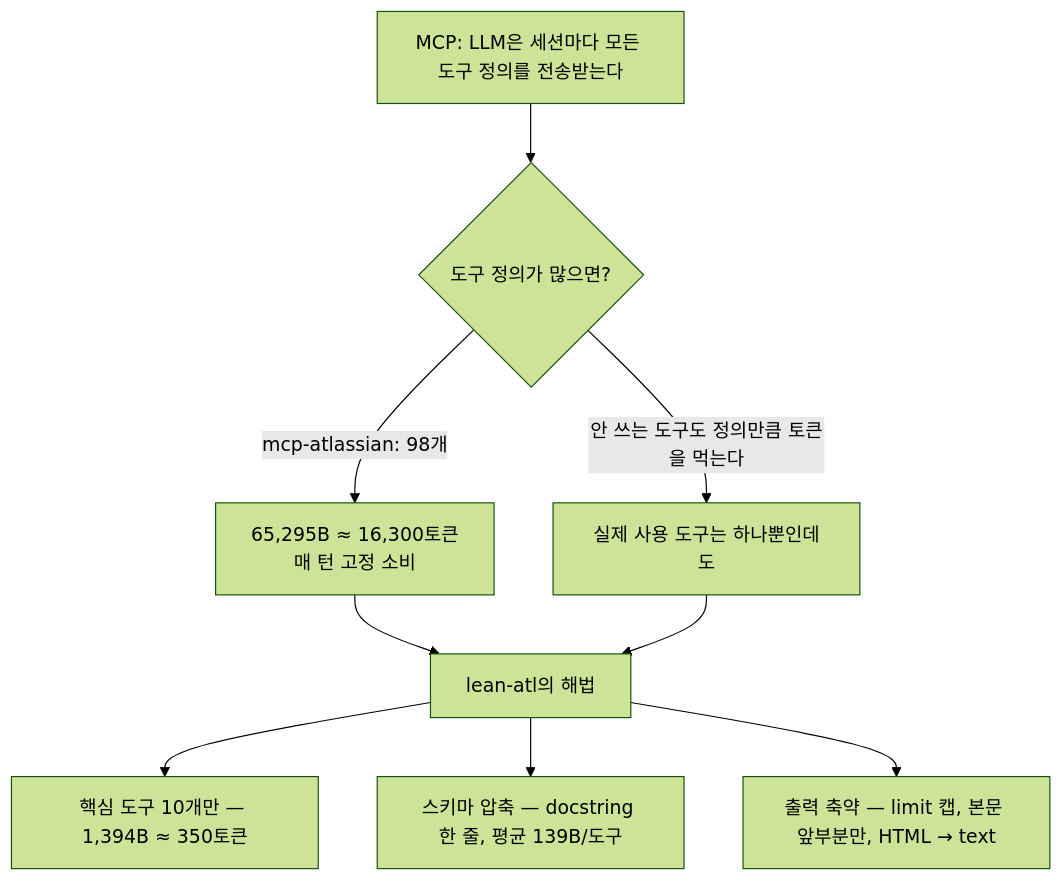
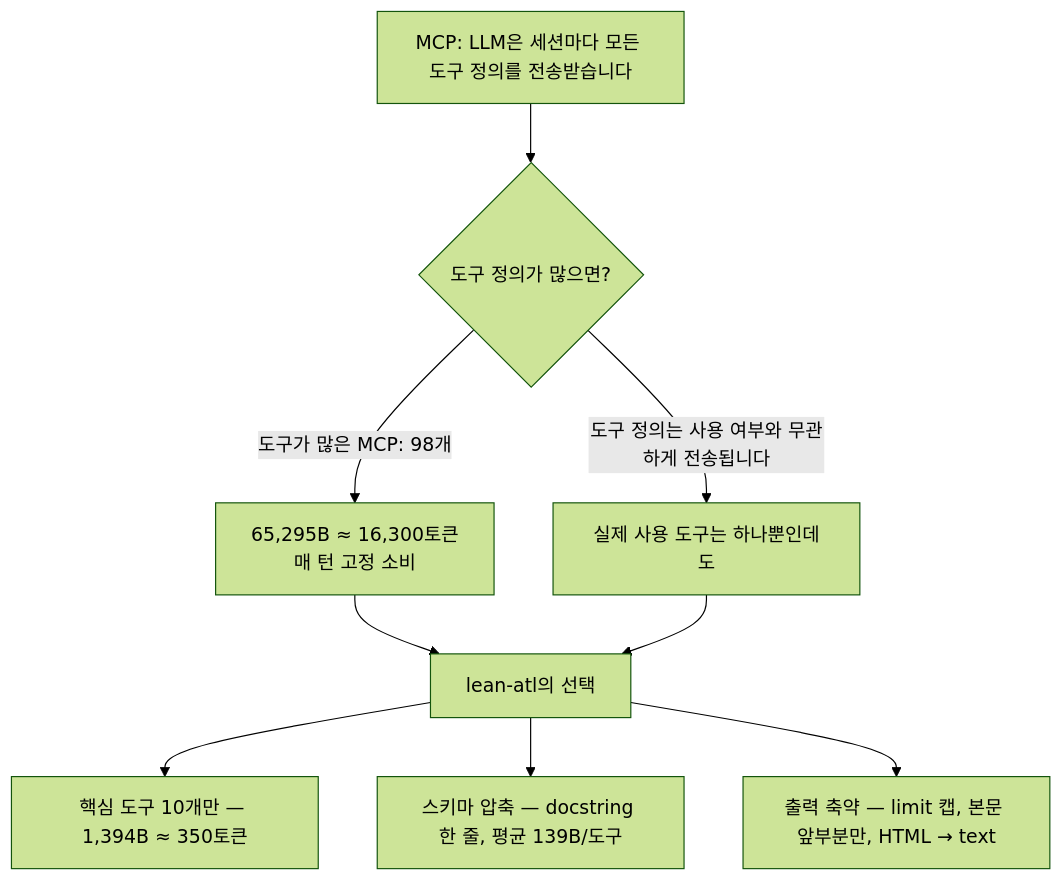
The diagram in README.md (sayho87/lean-atl), drawn with Mermaid (forest theme) before and after one commit. The commit also changed other lines of this file, not shown here.

````diff
--- a/README.md
+++ b/README.md
@@ -26,11 +26,11 @@
 ```mermaid
 flowchart TD
-    A["MCP: LLM은 세션마다 모든 도구 정의를 전송받는다"] --> B{"도구 정의가 많으면?"}
-    B -->|"mcp-atlassian: 98개"| C["65,295B ≈ 16,300토큰<br/>매 턴 고정 소비"]
-    B -->|"안 쓰는 도구도 정의만큼 토큰을 먹는다"| D["실제 사용 도구는 하나뿐인데도"]
-    C --> E["lean-atl의 해법"]
+    A["MCP: LLM은 세션마다 모든 도구 정의를 전송받습니다"] --> B{"도구 정의가 많으면?"}
+    B -->|"도구가 많은 MCP: 98개"| C["65,295B ≈ 16,300토큰<br/>매 턴 고정 소비"]
+    B -->|"도구 정의는 사용 여부와 무관하게 전송됩니다"| D["실제 사용 도구는 하나뿐인데도"]
+    C --> E["lean-atl의 선택"]
     D --> E
     E --> F["핵심 도구 10개만 — 1,394B ≈ 350토큰"]
     E --> G["스키마 압축 — docstring 한 줄, 평균 139B/도구"]
     E --> H["출력 축약 — limit 캡, 본문 앞부분만, HTML → text"]
 ```
````
